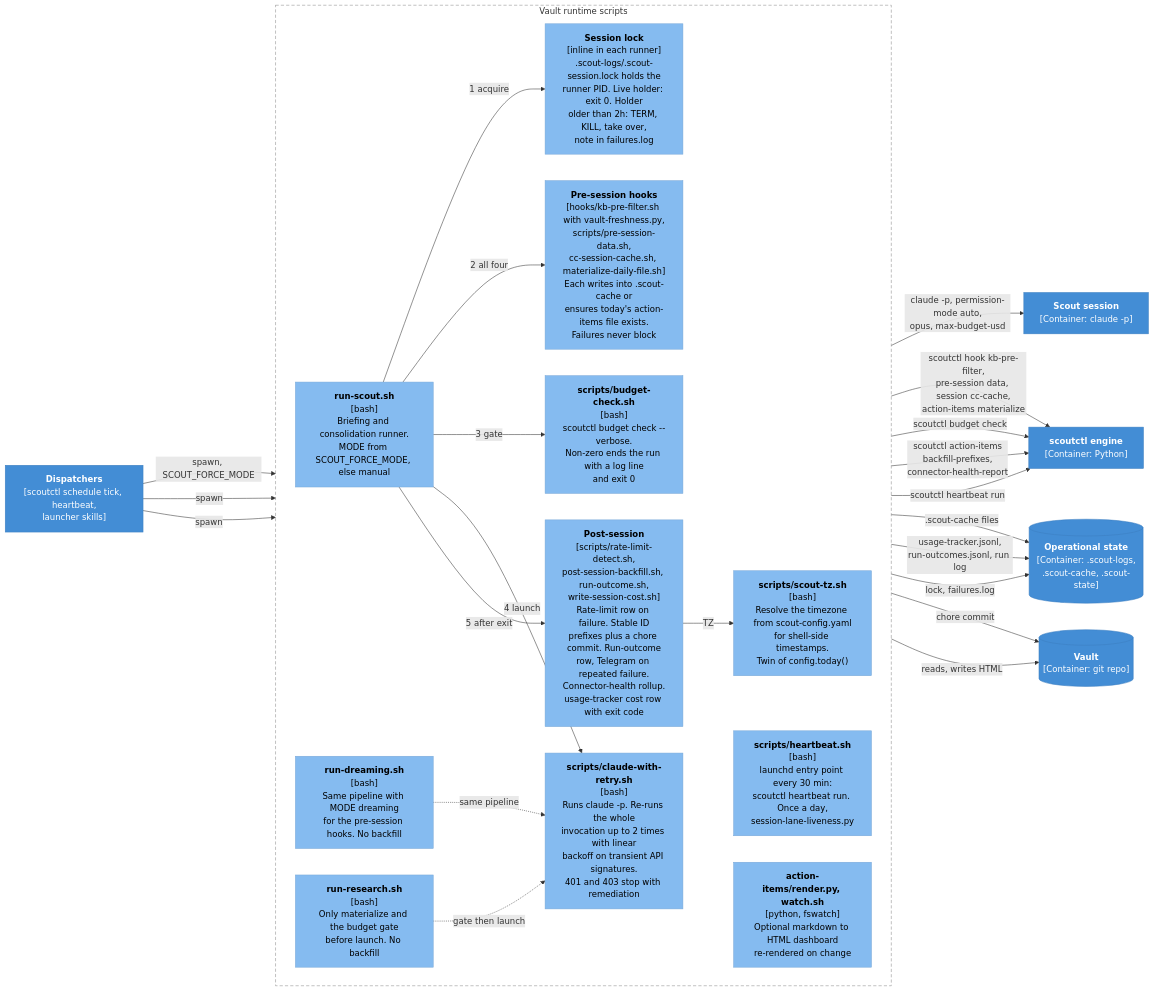
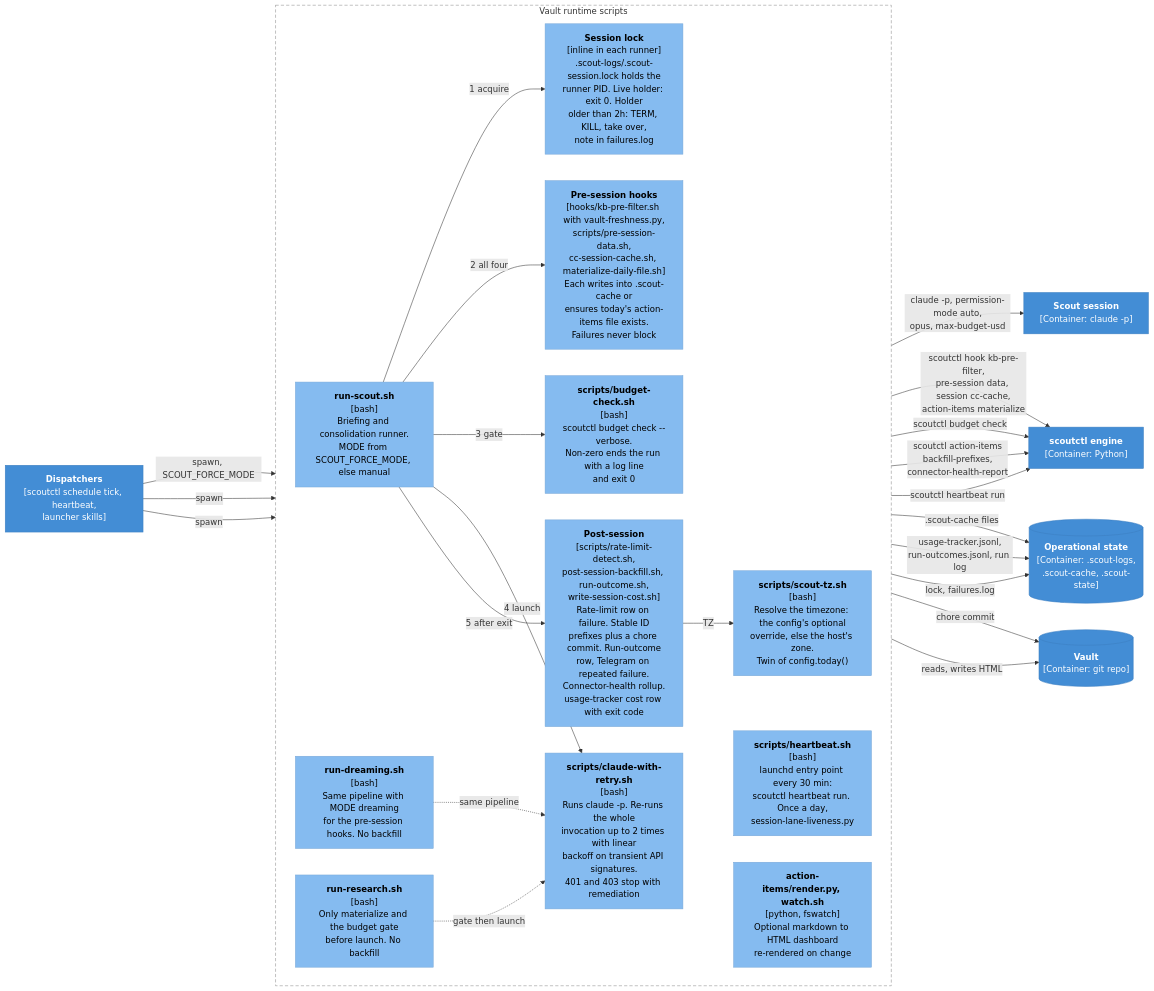
The seventh of 7 diagrams in docs/architecture/03-components.md (Raven-Scout/Scout), drawn with Mermaid before and after one commit. The commit also changed 24 other files, not shown here.

````diff
--- a/docs/architecture/03-components.md
+++ b/docs/architecture/03-components.md
@@ -465,51 +465,51 @@
 ```mermaid
 flowchart LR
   classDef container fill:#438DD5,stroke:#3C7FC0,color:#fff
   classDef component fill:#85BBF0,stroke:#78A8D8,color:#000
   classDef ext fill:#999999,stroke:#8A8A8A,color:#fff
 
   dispatch["<b>Dispatchers</b><br/>[scoutctl schedule tick, heartbeat,<br/>launcher skills]"]:::container
   engine["<b>scoutctl engine</b><br/>[Container: Python]"]:::container
   session["<b>Scout session</b><br/>[Container: claude -p]"]:::container
   state[("<b>Operational state</b><br/>[Container: .scout-logs,<br/>.scout-cache, .scout-state]")]:::container
   vault[("<b>Vault</b><br/>[Container: git repo]")]:::container
 
   subgraph runtime ["Vault runtime scripts"]
     direction LR
     run_scout["<b>run-scout.sh</b><br/>[bash]<br/>Briefing and consolidation runner.<br/>MODE from SCOUT_FORCE_MODE, else manual"]:::component
     run_dream["<b>run-dreaming.sh</b><br/>[bash]<br/>Same pipeline with MODE dreaming<br/>for the pre-session hooks. No backfill"]:::component
     run_research["<b>run-research.sh</b><br/>[bash]<br/>Only materialize and the budget gate<br/>before launch. No backfill"]:::component
     lockstep["<b>Session lock</b><br/>[inline in each runner]<br/>.scout-logs/.scout-session.lock holds the<br/>runner PID. Live holder: exit 0. Holder<br/>older than 2h: TERM, KILL, take over,<br/>note in failures.log"]:::component
     prehooks["<b>Pre-session hooks</b><br/>[hooks/kb-pre-filter.sh with vault-freshness.py,<br/>scripts/pre-session-data.sh,<br/>cc-session-cache.sh, materialize-daily-file.sh]<br/>Each writes into .scout-cache or<br/>ensures today's action-items file exists.<br/>Failures never block"]:::component
     budget["<b>scripts/budget-check.sh</b><br/>[bash]<br/>scoutctl budget check --verbose.<br/>Non-zero ends the run with a log line<br/>and exit 0"]:::component
     retry["<b>scripts/claude-with-retry.sh</b><br/>[bash]<br/>Runs claude -p. Re-runs the whole<br/>invocation up to 2 times with linear<br/>backoff on transient API signatures.<br/>401 and 403 stop with remediation"]:::component
     post["<b>Post-session</b><br/>[scripts/rate-limit-detect.sh,<br/>post-session-backfill.sh, run-outcome.sh,<br/>write-session-cost.sh]<br/>Rate-limit row on failure. Stable ID<br/>prefixes plus a chore commit. Run-outcome<br/>row, Telegram on repeated failure.<br/>Connector-health rollup.<br/>usage-tracker cost row with exit code"]:::component
-    tz["<b>scripts/scout-tz.sh</b><br/>[bash]<br/>Resolve the timezone from scout-config.yaml<br/>for shell-side timestamps.<br/>Twin of config.today()"]:::component
+    tz["<b>scripts/scout-tz.sh</b><br/>[bash]<br/>Resolve the timezone: the config's optional<br/>override, else the host's zone.<br/>Twin of config.today()"]:::component
     hb["<b>scripts/heartbeat.sh</b><br/>[bash]<br/>launchd entry point every 30 min:<br/>scoutctl heartbeat run. Once a day,<br/>session-lane-liveness.py"]:::component
     render["<b>action-items/render.py, watch.sh</b><br/>[python, fswatch]<br/>Optional markdown to HTML dashboard<br/>re-rendered on change"]:::component
   end
 
   dispatch -->|"spawn, SCOUT_FORCE_MODE"| run_scout
   dispatch -->|"spawn"| run_dream
   dispatch -->|"spawn"| run_research
   run_scout -->|"1 acquire"| lockstep
   run_scout -->|"2 all four"| prehooks
   run_scout -->|"3 gate"| budget
   run_scout -->|"4 launch"| retry
   run_scout -->|"5 after exit"| post
   run_dream -.->|"same pipeline"| retry
   run_research -.->|"gate then launch"| retry
   retry -->|"claude -p, permission-mode auto,<br/>opus, max-budget-usd"| session
   prehooks -->|"scoutctl hook kb-pre-filter,<br/>pre-session data, session cc-cache,<br/>action-items materialize"| engine
   budget -->|"scoutctl budget check"| engine
   post -->|"scoutctl action-items<br/>backfill-prefixes,<br/>connector-health-report"| engine
   hb -->|"scoutctl heartbeat run"| engine
   post -->|"TZ"| tz
   prehooks -->|".scout-cache files"| state
   post -->|"usage-tracker.jsonl,<br/>run-outcomes.jsonl, run log"| state
   lockstep -->|"lock, failures.log"| state
   post -->|"chore commit"| vault
   render -->|"reads, writes HTML"| vault
 
   style runtime fill:none,stroke:#8A8A8A,stroke-dasharray:6 4
 ```
````
